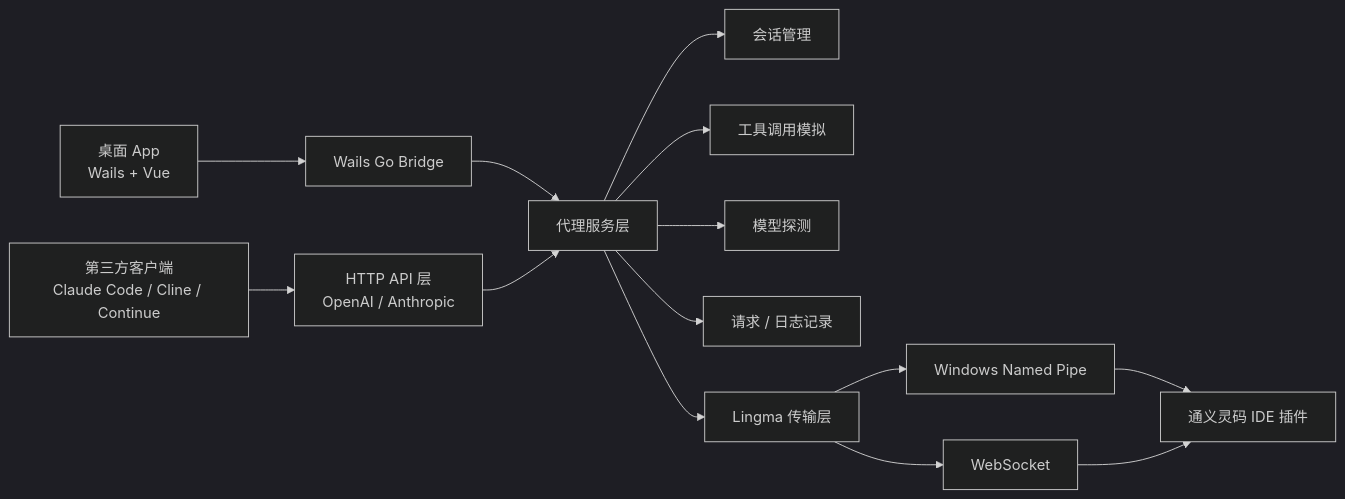
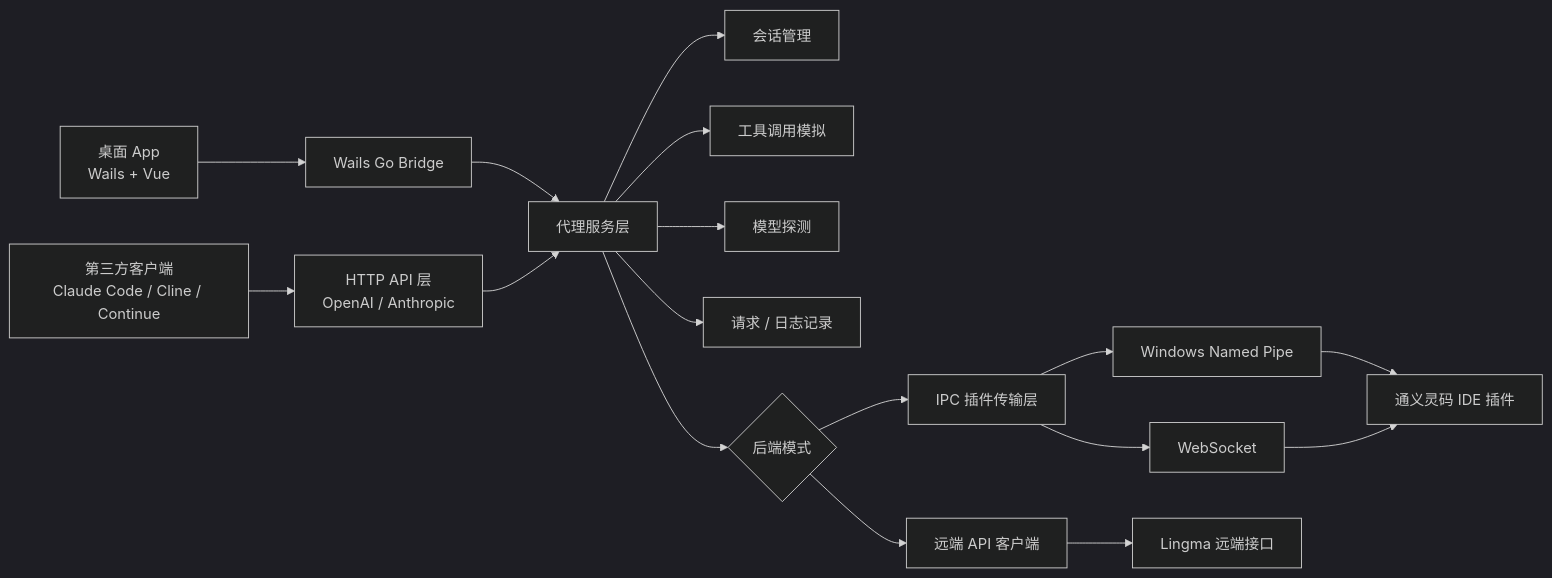
One commit to Lutiancheng1/lingma-ipc-proxy changed the diagram in README.zh-CN.md. Above: the diagram before and after it, drawn with Mermaid (dark theme). The commit also changed other lines of this file and 14 other files, not shown here.

Commit message:
Add experimental Lingma remote backend

````diff
--- a/README.zh-CN.md
+++ b/README.zh-CN.md
@@ -160,16 +169,19 @@
 ```mermaid
 flowchart LR
   Client["第三方客户端<br/>Claude Code / Cline / Continue"] --> HTTP["HTTP API 层<br/>OpenAI / Anthropic"]
   Desktop["桌面 App<br/>Wails + Vue"] --> Bridge["Wails Go Bridge"]
   Bridge --> Service["代理服务层"]
   HTTP --> Service
   Service --> Session["会话管理"]
   Service --> Tooling["工具调用模拟"]
   Service --> Model["模型探测"]
   Service --> Recorder["请求 / 日志记录"]
-  Service --> Transport["Lingma 传输层"]
+  Service --> Backend{"后端模式"}
+  Backend --> Transport["IPC 插件传输层"]
+  Backend --> Remote["远端 API 客户端"]
   Transport --> Pipe["Windows Named Pipe"]
   Transport --> WS["WebSocket"]
   Pipe --> Lingma["通义灵码 IDE 插件"]
   WS --> Lingma
+  Remote --> Cloud["Lingma 远端接口"]
 ```
````
